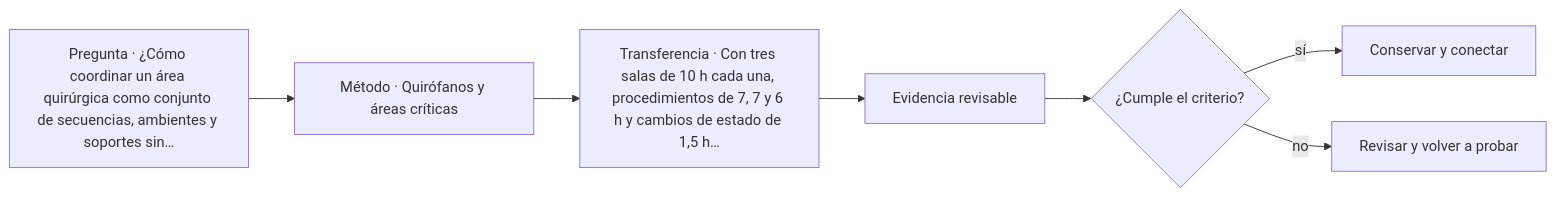
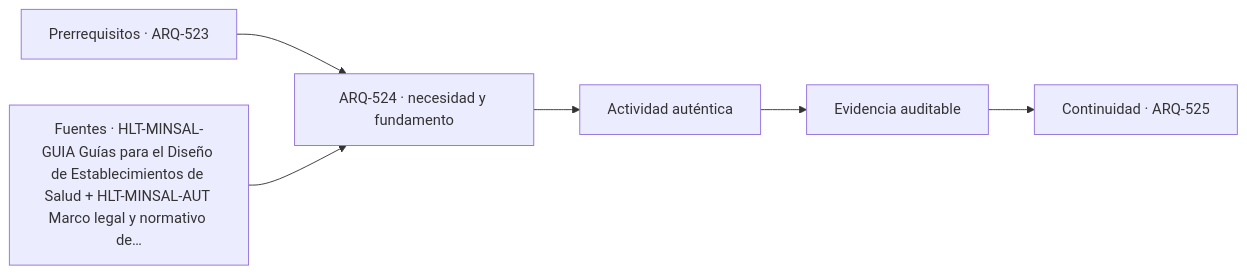
Before and after one commit to vladimiracunadev-create/architecture-built-environment-learning-program: the diagram in classes/parte-53/ARQ-524.md, drawn with Mermaid. The commit also changed other lines of this file and 761 other files, not shown here.

````diff
--- a/classes/parte-53/ARQ-524.md
+++ b/classes/parte-53/ARQ-524.md
@@ -91,9 +103,8 @@
 ```mermaid
 flowchart LR
-    Q["Pregunta · ¿Cómo coordinar un área quirúrgica como conjunto de secuencias, ambientes y soportes sin…"] --> M["Método · Quirófanos y áreas críticas"]
-    M --> P["Transferencia · Con tres salas de 10 h cada una, procedimientos de 7, 7 y 6 h y cambios de estado de 1,5 h…"]
-    P --> E["Evidencia revisable"]
-    E --> C{"¿Cumple el criterio?"}
-    C -->|sí| T["Conservar y conectar"]
-    C -->|no| R["Revisar y volver a probar"]
+    A["Prerrequisitos · ARQ-523"] --> B["ARQ-524 · necesidad y fundamento"]
+    S["Fuentes · HLT-MINSAL-GUIA Guías para el Diseño de Establecimientos de Salud + HLT-MINSAL-AUT Marco legal y normativo de…"] --> B
+    B --> C["Actividad auténtica"]
+    C --> D["Evidencia auditable"]
+    D --> E["Continuidad · ARQ-525"]
 ```
````
